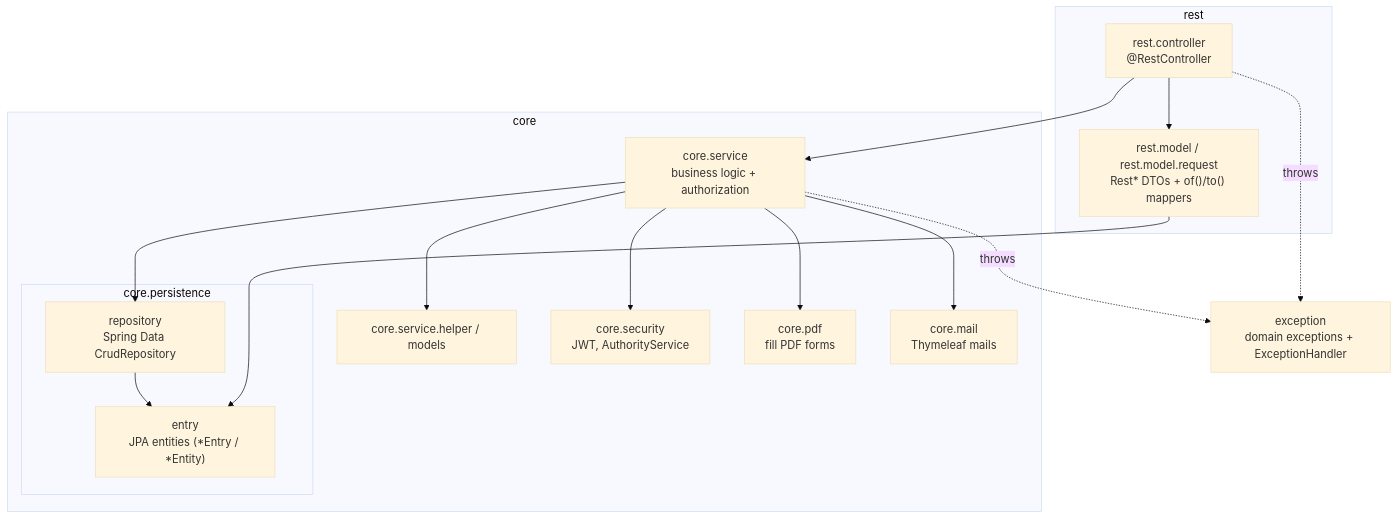
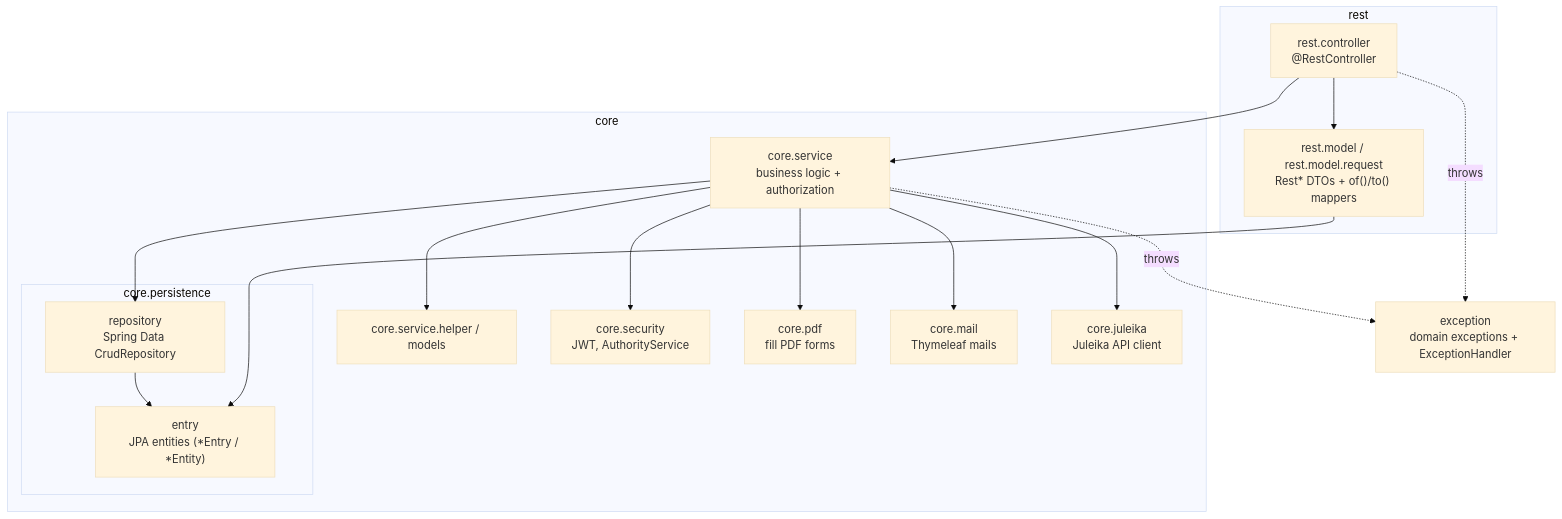
One commit to jf-landkreis-karlsruhe/lager-melder changed the first of 3 diagrams in backend/ARCHITECTURE.md. Above: the diagram before and after it, drawn with Mermaid (base theme). The commit also changed other lines of this file and 34 other files, not shown here.

````diff
--- a/backend/ARCHITECTURE.md
+++ b/backend/ARCHITECTURE.md
@@ -15,31 +15,33 @@
 ```mermaid
 flowchart TD
     subgraph rest["rest"]
         controller["rest.controller<br/>@RestController"]
         model["rest.model / rest.model.request<br/>Rest* DTOs + of()/to() mappers"]
     end
     subgraph core["core"]
         service["core.service<br/>business logic + authorization"]
         helper["core.service.helper / models"]
         security["core.security<br/>JWT, AuthorityService"]
         pdf["core.pdf<br/>fill PDF forms"]
         mail["core.mail<br/>Thymeleaf mails"]
+        juleika["core.juleika<br/>Juleika API client"]
         subgraph persistence["core.persistence"]
             entry["entry<br/>JPA entities (*Entry / *Entity)"]
             repo["repository<br/>Spring Data CrudRepository"]
         end
     end
     exception["exception<br/>domain exceptions + ExceptionHandler"]
 
     controller --> model
     controller --> service
     model --> entry
     service --> repo
     service --> security
     service --> pdf
     service --> mail
+    service --> juleika
     service --> helper
     repo --> entry
     controller -. throws .-> exception
     service -. throws .-> exception
 ```
````
